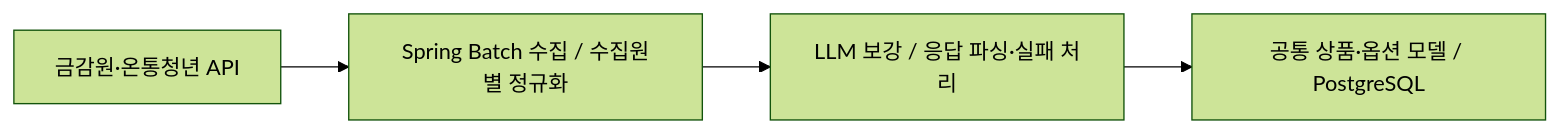
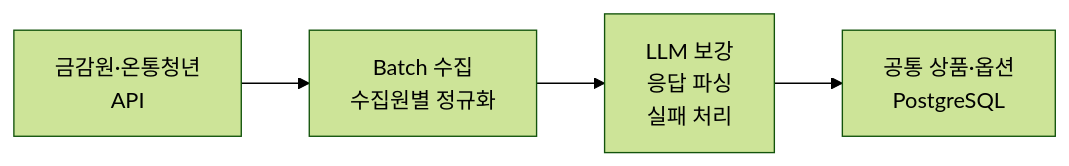
The second of 4 diagrams in README.md (yuyeol3/backend-portfolio), drawn with Mermaid (forest theme) before and after one commit. The commit also changed other lines of this file, not shown here.

Commit message:
docs: improve diagram line breaks

````diff
--- a/README.md
+++ b/README.md
@@ -74,6 +74,6 @@
 ```mermaid
 flowchart LR
-    A["금감원·온통청년 API"] --> B["Spring Batch 수집 / 수집원별 정규화"]
-    B --> C["LLM 보강 / 응답 파싱·실패 처리"]
-    C --> D["공통 상품·옵션 모델 / PostgreSQL"]
+    A["금감원·온통청년<br/>API"] --> B["Batch 수집<br/>수집원별 정규화"]
+    B --> C["LLM 보강<br/>응답 파싱<br/>실패 처리"]
+    C --> D["공통 상품·옵션<br/>PostgreSQL"]
 ```
````
